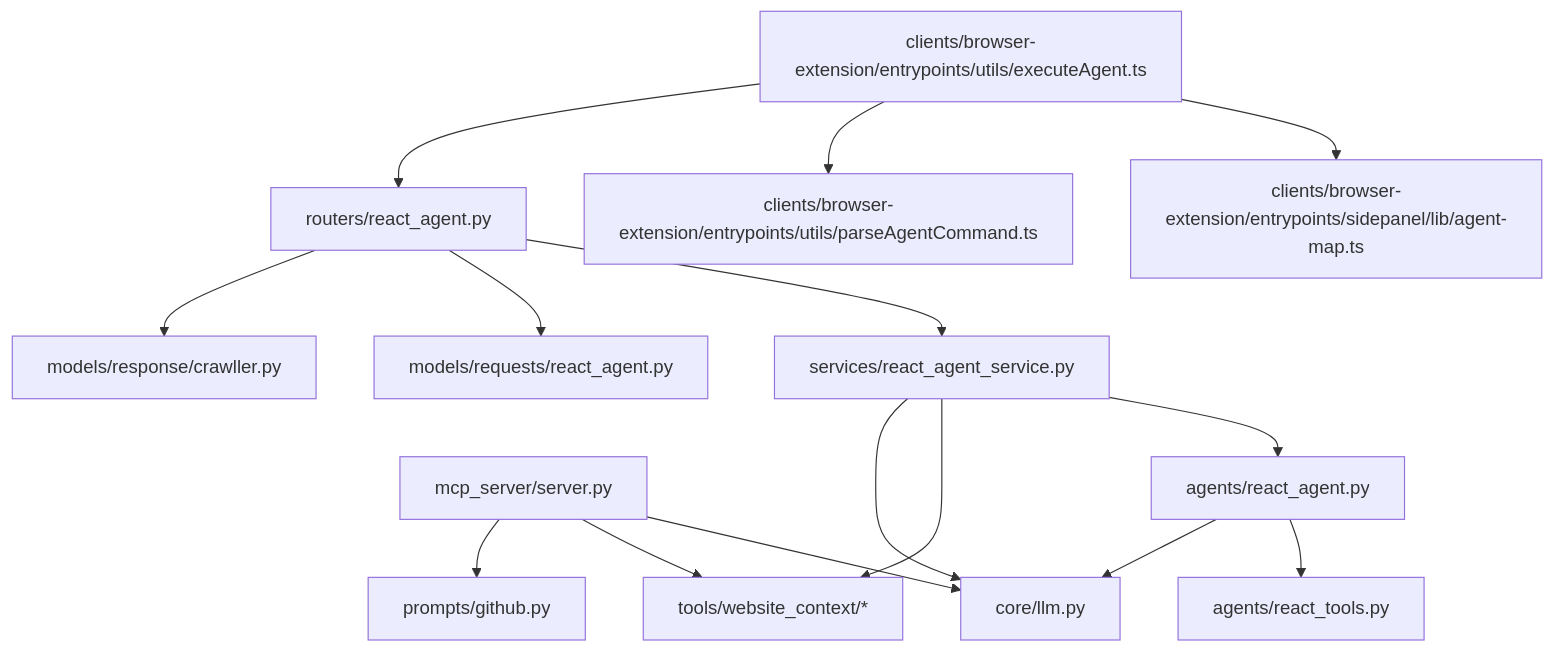
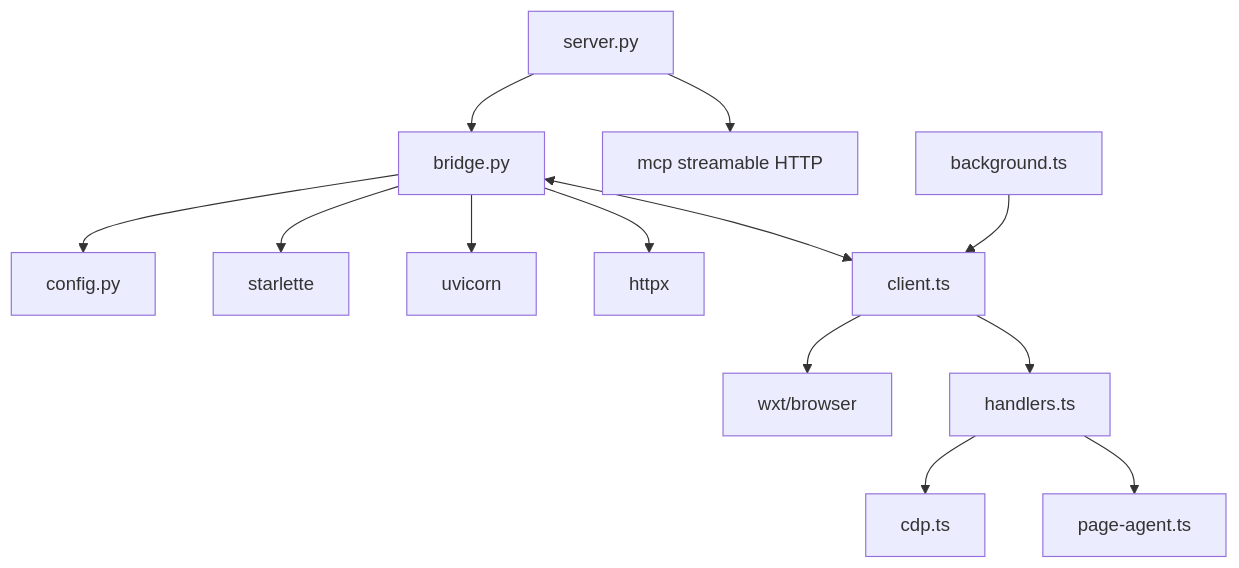
Before and after one commit to tashifkhan/tashif.codes: the eighth of 8 diagrams in src/data/docs/agentic-browser/System Architecture/MCP Protocol Implementation.md, drawn with Mermaid. The commit also changed other lines of this file and 114 other files, not shown here.

````diff
--- a/src/data/docs/agentic-browser/System Architecture/MCP Protocol Implementation.md
+++ b/src/data/docs/agentic-browser/System Architecture/MCP Protocol Implementation.md
@@ -176,17 +222,15 @@
 ```mermaid
 graph TB
-MCPServer["mcp_server/server.py"] --> LLM["core/llm.py"]
-MCPServer --> ToolsWebsite["tools/website_context/*"]
-MCPServer --> PromptsGH["prompts/github.py"]
-ReactAgent["agents/react_agent.py"] --> ReactTools["agents/react_tools.py"]
-ReactAgent --> LLM
-ReactService["services/react_agent_service.py"] --> ReactAgent
-ReactService --> ToolsWebsite
-ReactService --> LLM
-ReactRouter["routers/react_agent.py"] --> ReactService
-ReactRouter --> ReactReq["models/requests/react_agent.py"]
-ReactRouter --> ReactResp["models/response/crawller.py"]
-ExecAgent["clients/browser-extension/entrypoints/utils/executeAgent.ts"] --> AgentMap["clients/browser-extension/entrypoints/sidepanel/lib/agent-map.ts"]
-ExecAgent --> ParseCmd["clients/browser-extension/entrypoints/utils/parseAgentCommand.ts"]
-ExecAgent --> ReactRouter
+  BR["bridge.py"] --> CFG["config.py"]
+  BR --> ST["starlette"]
+  BR --> UV["uvicorn"]
+  BR --> HX["httpx"]
+  SRV["server.py"] --> BR
+  SRV --> MCPAPP["mcp streamable HTTP"]
+  CL["client.ts"] --> WXT["wxt/browser"]
+  CL --> HD["handlers.ts"]
+  HD --> CDP["cdp.ts"]
+  HD --> PA["page-agent.ts"]
+  BG["background.ts"] --> CL
+  BR <--> CL
 ```
````
